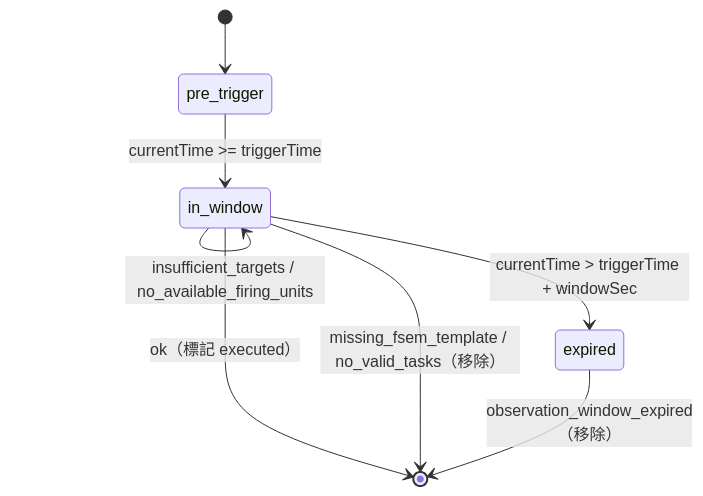
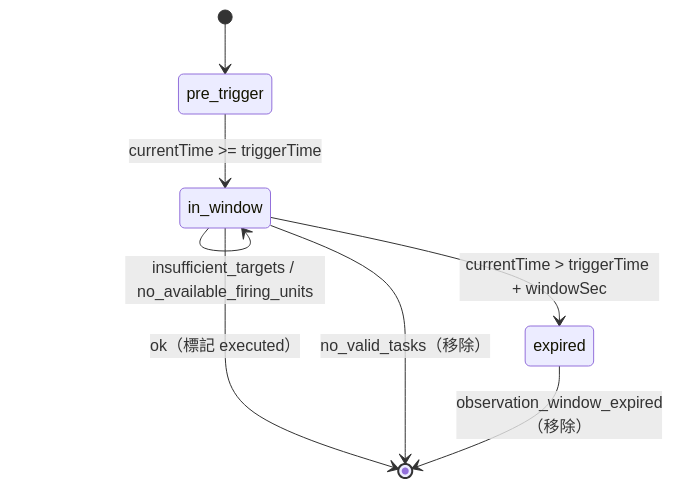
The first of 2 diagrams in docs/strikePlanner/fsemBuilder.md (pullupjumper/formosa-in-flames), drawn with Mermaid before and after one commit. The commit also changed other lines of this file and 4 other files, not shown here.

````diff
--- a/docs/strikePlanner/fsemBuilder.md
+++ b/docs/strikePlanner/fsemBuilder.md
@@ -55,10 +60,10 @@
 ```mermaid
 stateDiagram-v2
     [*] --> pre_trigger
     pre_trigger --> in_window : currentTime >= triggerTime
     in_window --> in_window : insufficient_targets / no_available_firing_units
     in_window --> [*] : ok（標記 executed）
-    in_window --> [*] : missing_fsem_template / no_valid_tasks（移除）
+    in_window --> [*] : no_valid_tasks（移除）
     in_window --> expired : currentTime > triggerTime + windowSec
     expired --> [*] : observation_window_expired（移除）
 ```
````
